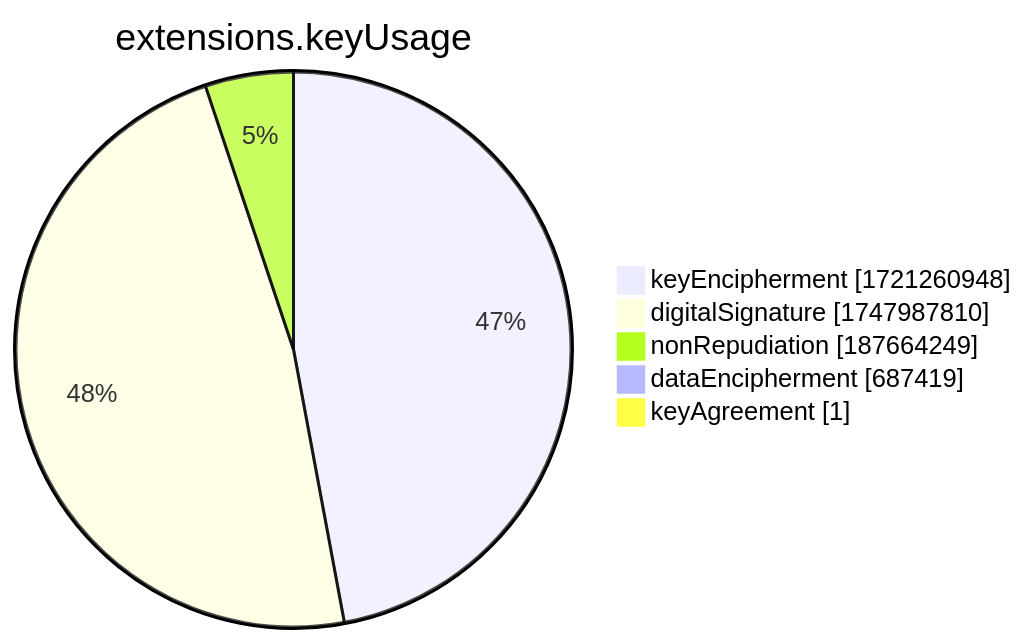
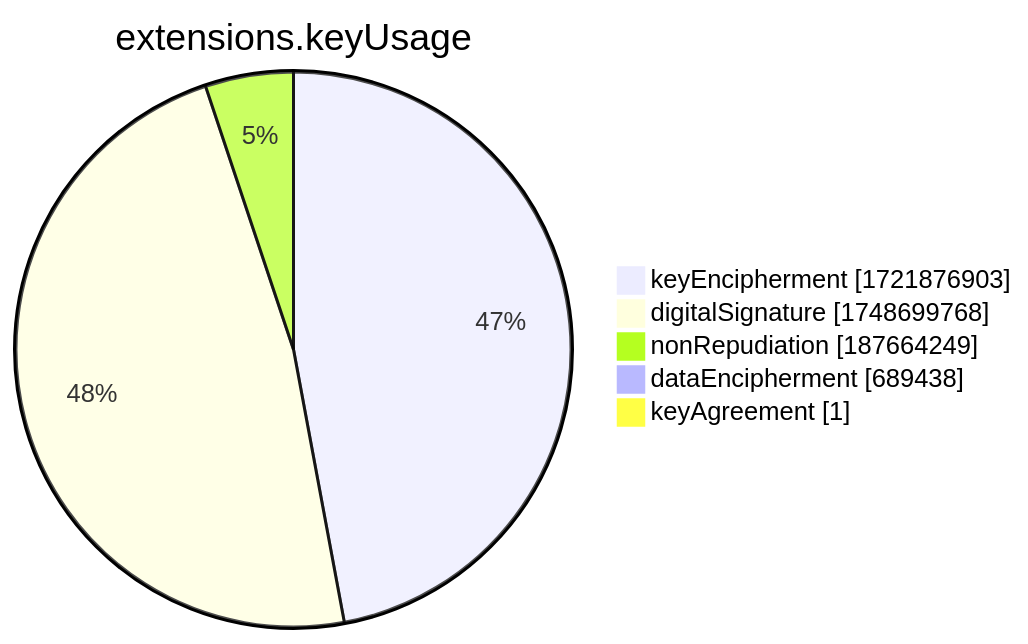
Before and after one commit to christiankrug/ctmonitor_visualization: the seventh of 15 diagrams in xenon2022/README.md, drawn with Mermaid. The commit also changed other lines of this file, not shown here.

````diff
--- a/xenon2022/README.md
+++ b/xenon2022/README.md
@@ -2858,9 +2858,9 @@
 ```mermaid
 pie showData
 title extensions.keyUsage
-"keyEncipherment" :1721260948
-"digitalSignature" :1747987810
+"keyEncipherment" :1721876903
+"digitalSignature" :1748699768
 "nonRepudiation" :187664249
-"dataEncipherment" :687419
+"dataEncipherment" :689438
 "keyAgreement" :1
 ```
````
